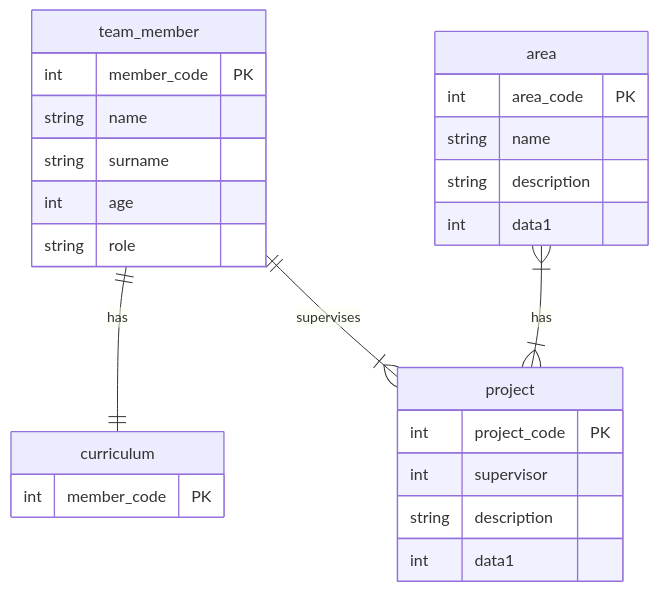
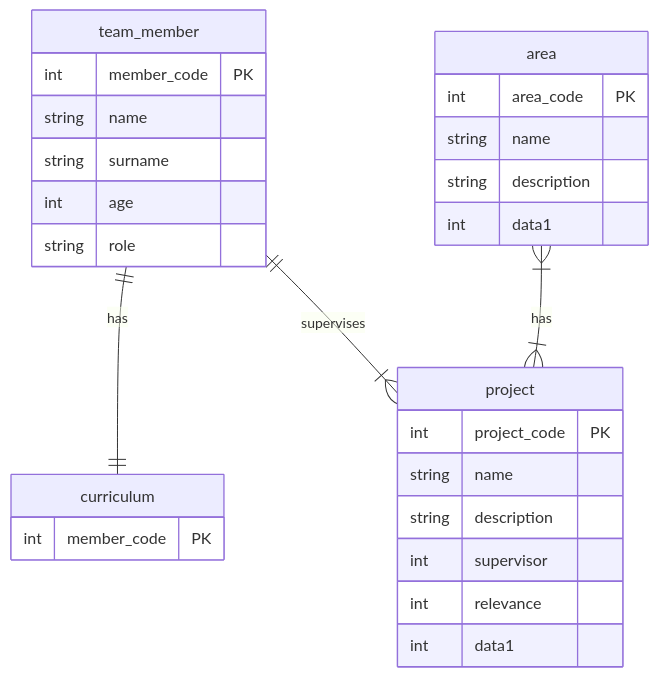
One commit to zibasPk/hypermedia-application-2023 changed the diagram in README.md. Above: the diagram before and after it, drawn with Mermaid. The commit also changed 5 other files, not shown here.

````diff
--- a/README.md
+++ b/README.md
@@ -10,30 +10,32 @@
 ```mermaid
 erDiagram
     team_member {
         int member_code PK
         string name
         string surname
         int age
         string role
     }
     curriculum {
         int member_code PK
     }
     area {
         int area_code PK
         string name
         string description
         int data1
     }
     project {
         int project_code PK
+        string name
+        string description
         int supervisor
-        string description
+        int relevance
         int data1
     }
 
     team_member ||--|| curriculum : has
     team_member ||--|{ project : supervises
     area }|--|{ project: has
 
 ```
````
